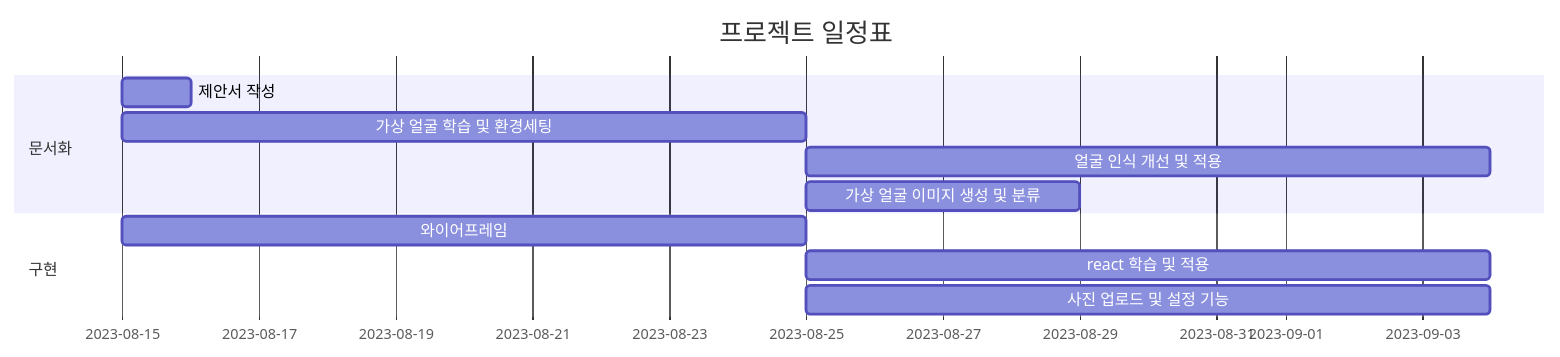
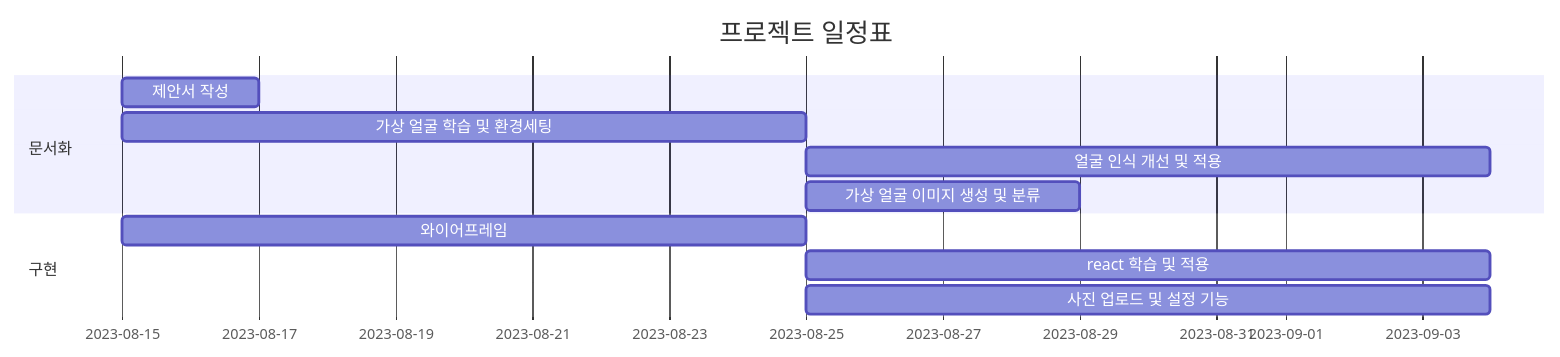
Before and after one commit to mmingu/mmingu: the diagram in README.md, drawn with Mermaid.

````diff
--- a/README.md
+++ b/README.md
@@ -5,16 +5,16 @@
 ```mermaid
 gantt
     title 프로젝트 일정표
     dateFormat  YYYY-MM-DD
     section 문서화
-    제안서 작성  : a1, 2023-08-15, 1d
+    제안서 작성  : a1, 2023-08-15, 2d
     가상 얼굴 학습 및 환경세팅  : 2023-08-15, 10d
     얼굴 인식 개선 및 적용 : after a1, 10d
     가상 얼굴 이미지 생성 및 분류 : after a1, 4d
 
     section 구현 
     와이어프레임     :a1,2023-08-15, 10d
     react 학습 및 적용 : after a1,  10d
     사진 업로드 및 설정 기능 :after a1 , 10d
 
 ```
````
